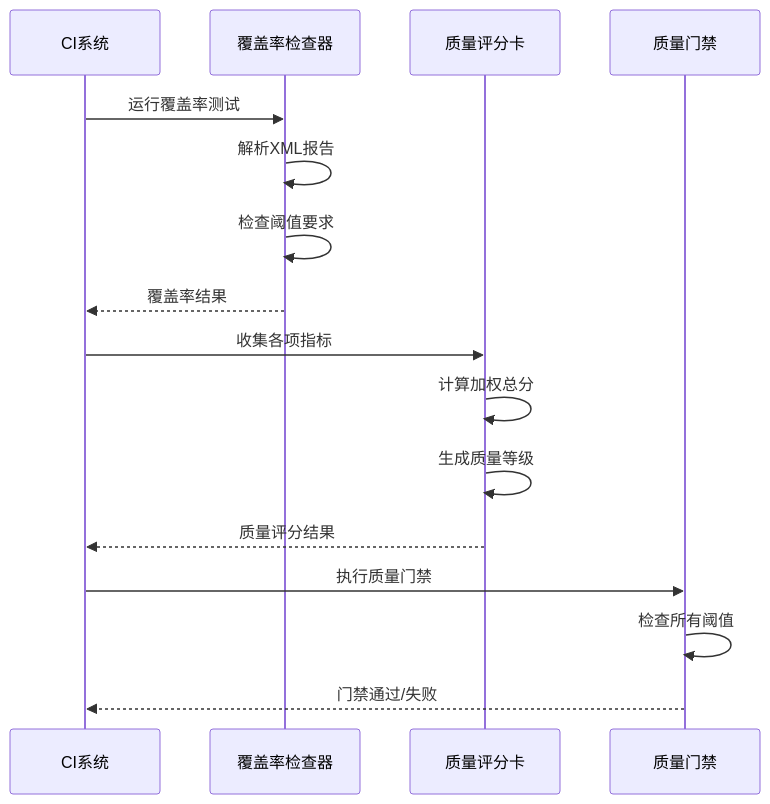
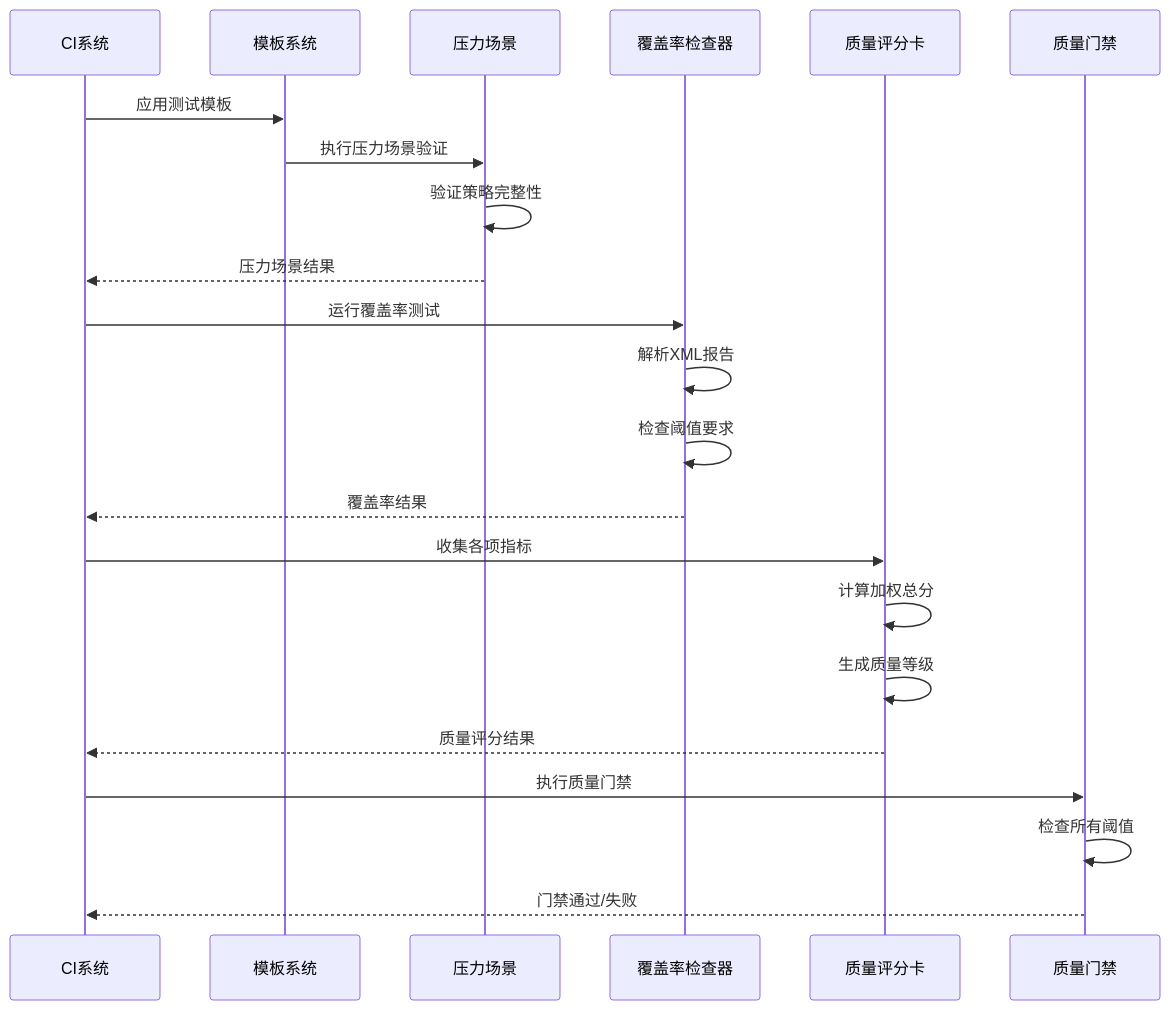
One commit to AngelWings1997/altas changed the third of 12 diagrams in .qoder/repowiki/zh/content/Altas Workflow Core/测试质量度量参考.md. Above: the diagram before and after it, drawn with Mermaid. The commit also changed other lines of this file and 8 other files, not shown here.

````diff
--- a/.qoder/repowiki/zh/content/Altas Workflow Core/测试质量度量参考.md
+++ b/.qoder/repowiki/zh/content/Altas Workflow Core/测试质量度量参考.md
@@ -142,18 +203,24 @@
 ```mermaid
 sequenceDiagram
 participant CI as CI系统
+participant Template as 模板系统
+participant Pressure as 压力场景
 participant Coverage as 覆盖率检查器
 participant Quality as 质量评分卡
 participant Gate as 质量门禁
+CI->>Template : 应用测试模板
+Template->>Pressure : 执行压力场景验证
+Pressure->>Pressure : 验证策略完整性
+Pressure-->>CI : 压力场景结果
 CI->>Coverage : 运行覆盖率测试
 Coverage->>Coverage : 解析XML报告
 Coverage->>Coverage : 检查阈值要求
 Coverage-->>CI : 覆盖率结果
 CI->>Quality : 收集各项指标
 Quality->>Quality : 计算加权总分
 Quality->>Quality : 生成质量等级
 Quality-->>CI : 质量评分结果
 CI->>Gate : 执行质量门禁
 Gate->>Gate : 检查所有阈值
 Gate-->>CI : 门禁通过/失败
 ```
````
